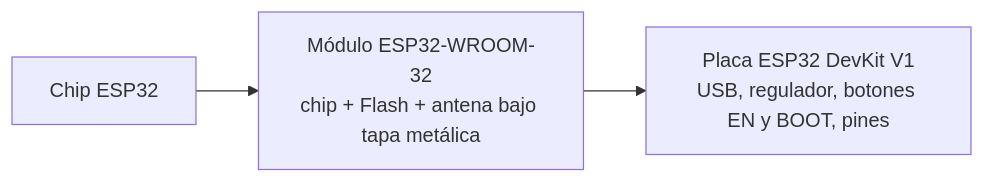
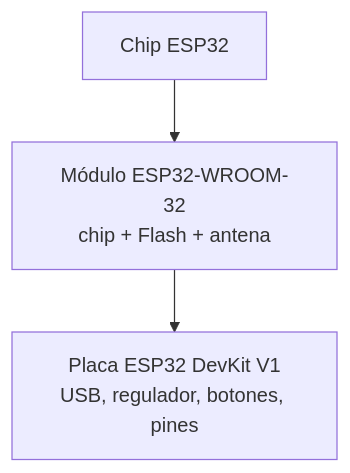
The tenth of 12 diagrams in unidad-1/apuntes/01-del-computador-al-microcontrolador.md (AlejandroTatum/sistemas-digitales-unl), drawn with Mermaid before and after one commit. The commit also changed other lines of this file and 16 other files, not shown here.

````diff
--- a/unidad-1/apuntes/01-del-computador-al-microcontrolador.md
+++ b/unidad-1/apuntes/01-del-computador-al-microcontrolador.md
@@ -197,5 +204,5 @@
 ```mermaid
-flowchart LR
-    C["Chip ESP32"] --> M["Módulo ESP32-WROOM-32<br/>chip + Flash + antena bajo tapa metálica"]
-    M --> P["Placa ESP32 DevKit V1<br/>USB, regulador, botones EN y BOOT, pines"]
+flowchart TD
+    C["Chip ESP32"] --> M["Módulo ESP32-WROOM-32<br/>chip + Flash + antena"]
+    M --> P["Placa ESP32 DevKit V1<br/>USB, regulador, botones, pines"]
 ```
````
